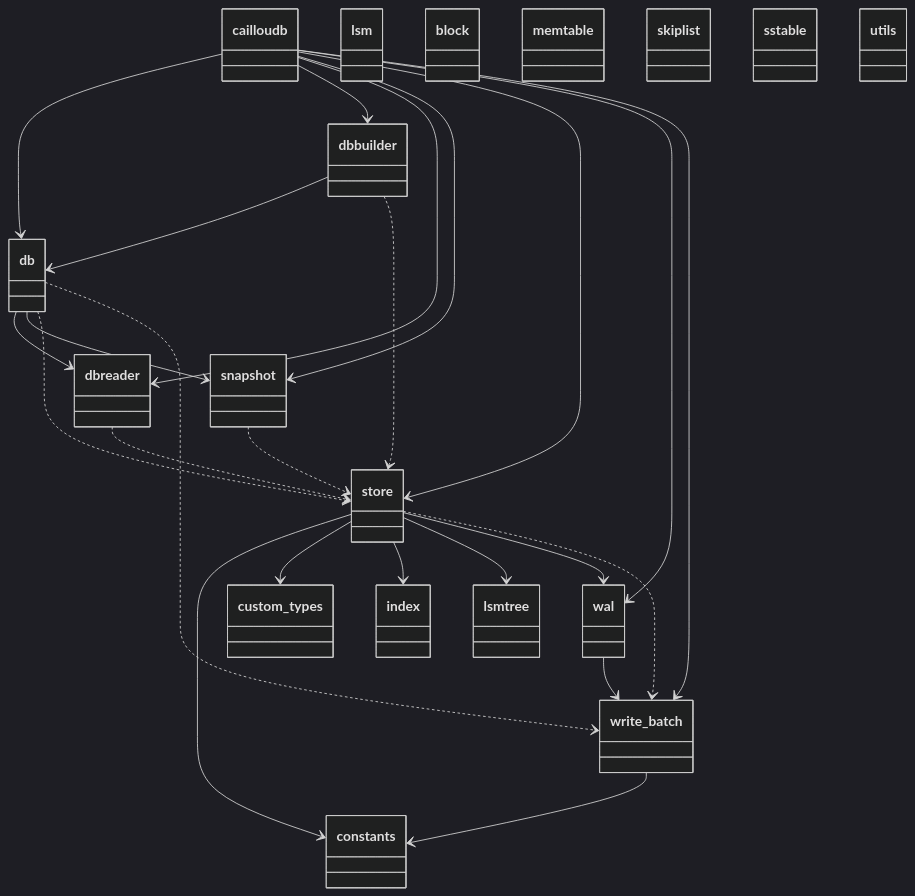
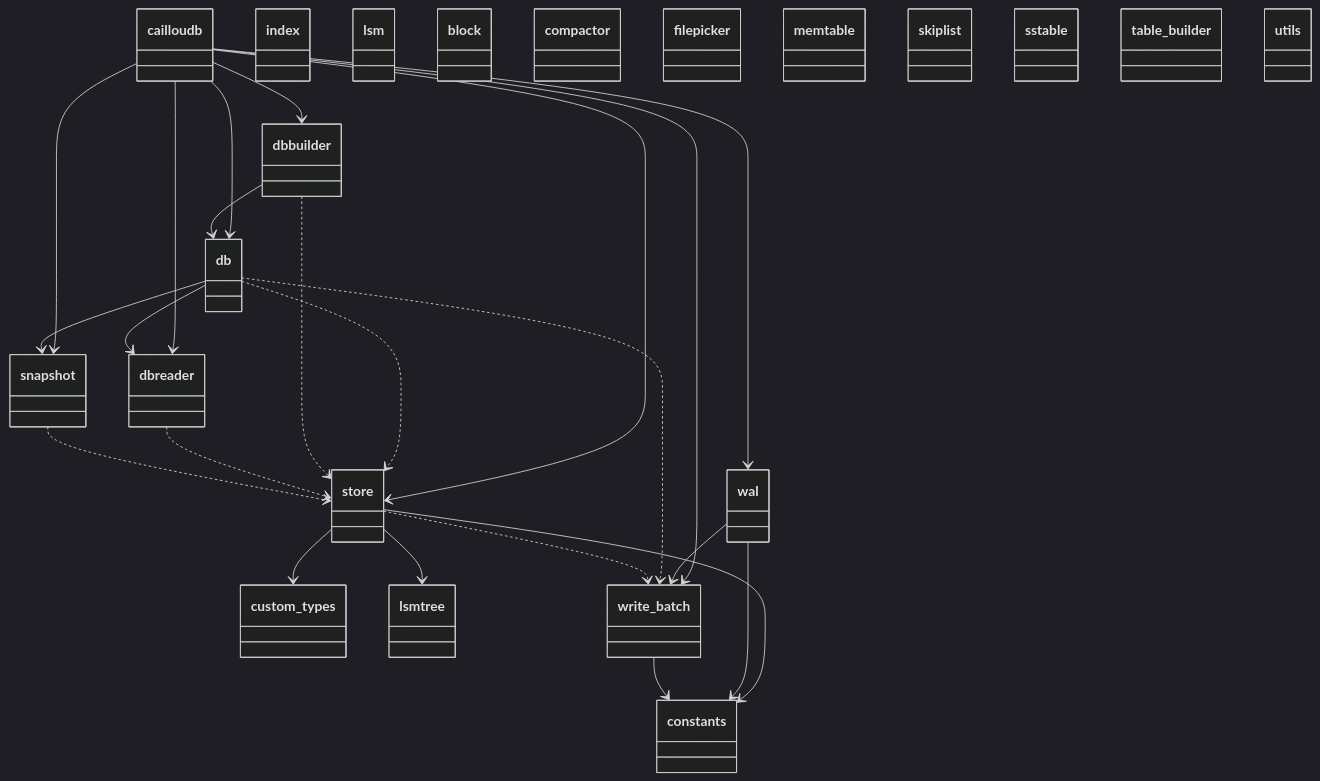
Before and after one commit to ShikoteiCoding/cailloudb: the diagram in packages.mmd, drawn with Mermaid (dark theme). The commit also changed 1 other file, not shown here.

```diff
--- a/packages.mmd
+++ b/packages.mmd
@@ -1,60 +1,65 @@
 classDiagram
   class cailloudb {
   }
   class constants {
   }
   class custom_types {
   }
   class db {
   }
   class dbbuilder {
   }
   class dbreader {
   }
   class index {
   }
   class lsm {
   }
   class block {
   }
+  class compactor {
+  }
+  class filepicker {
+  }
   class lsmtree {
   }
   class memtable {
   }
   class skiplist {
   }
   class sstable {
+  }
+  class table_builder {
   }
   class utils {
   }
   class snapshot {
   }
   class store {
   }
   class wal {
   }
   class write_batch {
   }
   cailloudb --> db
   cailloudb --> dbbuilder
   cailloudb --> dbreader
   cailloudb --> snapshot
   cailloudb --> store
   cailloudb --> wal
   cailloudb --> write_batch
   db --> dbreader
   db --> snapshot
   dbbuilder --> db
   store --> constants
   store --> custom_types
-  store --> index
   store --> lsmtree
-  store --> wal
+  wal --> constants
   wal --> write_batch
   write_batch --> constants
   db ..> store
   db ..> write_batch
   dbbuilder ..> store
   dbreader ..> store
   snapshot ..> store
   store ..> write_batch
```
